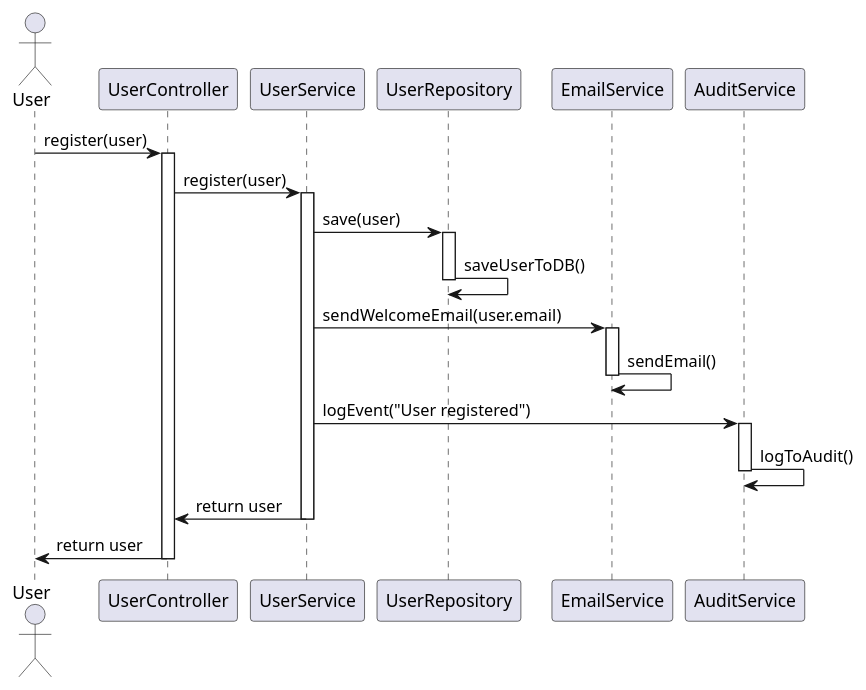
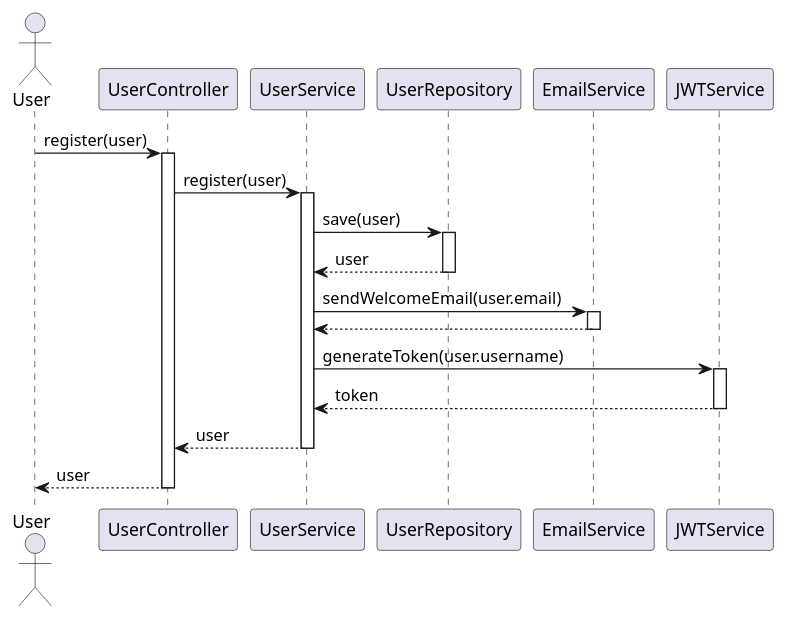
One commit to Dinesh-s95/AutoDoc.ai changed the first of 6 diagrams in identityprovider/documentation/detaileddesign.adoc. Above: the diagram before and after it, drawn with PlantUML. The commit also changed other lines of this file and 4 other files, not shown here.

```diff
--- a/identityprovider/documentation/detaileddesign.adoc
+++ b/identityprovider/documentation/detaileddesign.adoc
@@ -300,38 +288,38 @@
-[plantuml, user-registration-sequence, png]
+[plantuml, user-registration-flow, png]
 ----
 @startuml
 actor User
 participant UserController
 participant UserService
 participant UserRepository
 participant EmailService
-participant AuditService
+participant JWTService
 
 User -> UserController : register(user)
 activate UserController
 
 UserController -> UserService : register(user)
 activate UserService
 
 UserService -> UserRepository : save(user)
 activate UserRepository
-UserRepository -> UserRepository : saveUserToDB()
+UserRepository --> UserService : user
 deactivate UserRepository
 
 UserService -> EmailService : sendWelcomeEmail(user.email)
 activate EmailService
-EmailService -> EmailService : sendEmail()
+EmailService --> UserService
 deactivate EmailService
 
-UserService -> AuditService : logEvent("User registered")
-activate AuditService
-AuditService -> AuditService : logToAudit()
-deactivate AuditService
+UserService -> JWTService : generateToken(user.username)
+activate JWTService
+JWTService --> UserService : token
+deactivate JWTService
 
-UserService -> UserController : return user
+UserService --> UserController : user
 deactivate UserService
 
-UserController -> User : return user
+UserController --> User : user
 deactivate UserController
 @enduml
 ----
```
